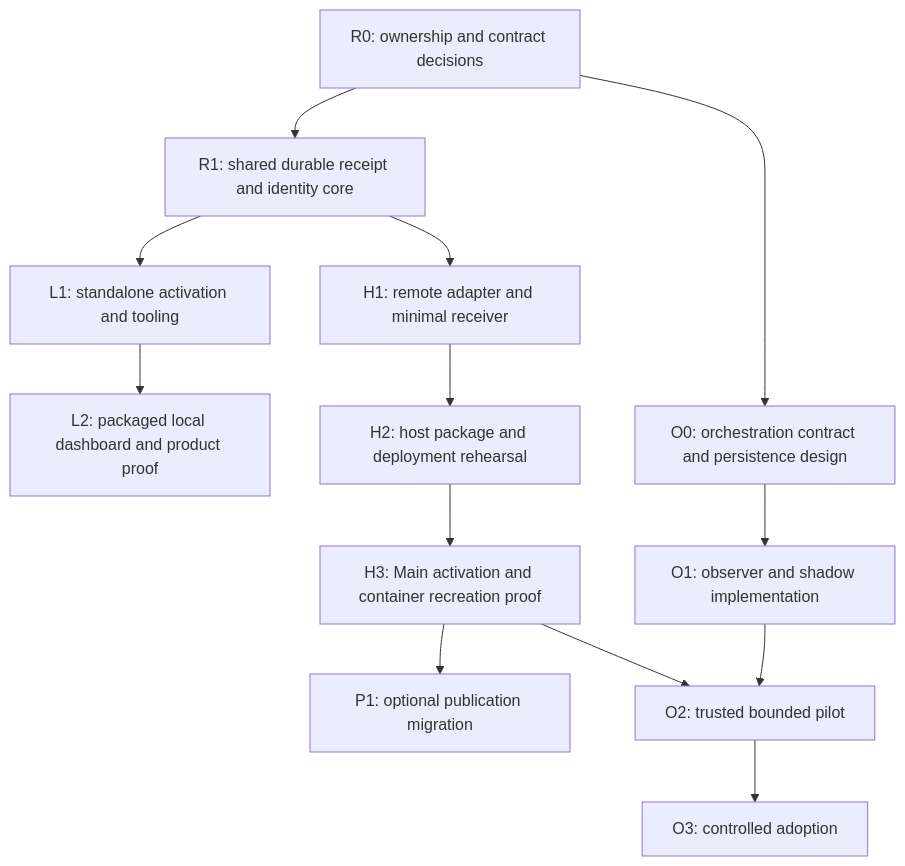
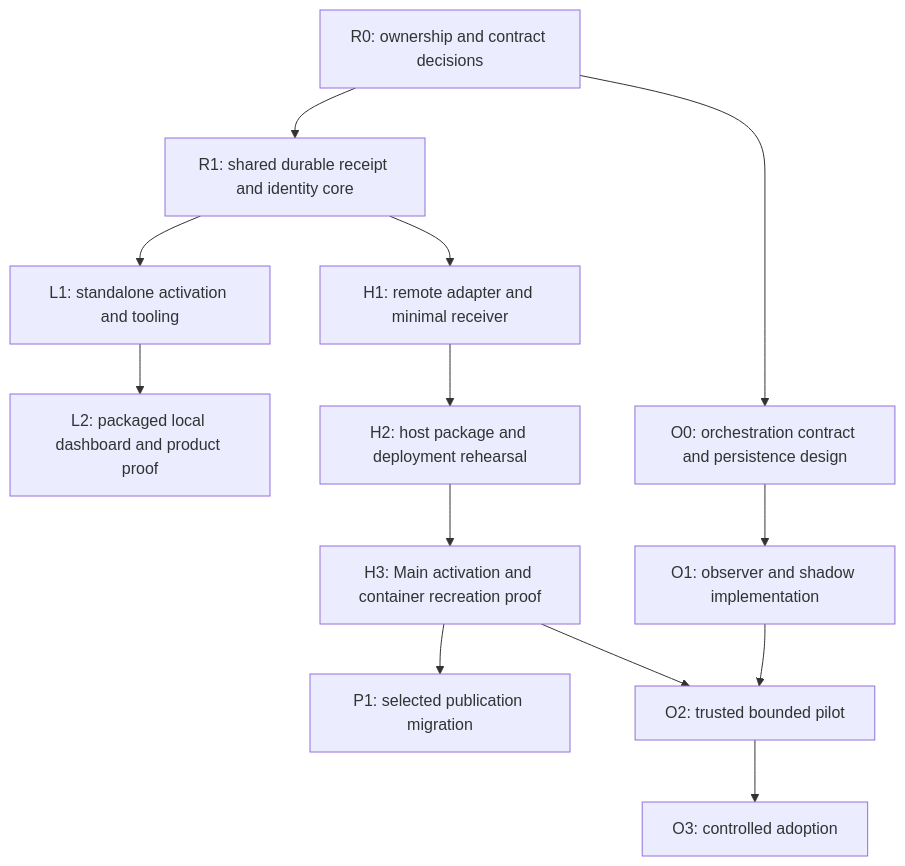
One commit to FS-GG/.github changed the diagram in docs/roadmaps/2026-09-09-190726-standalone-telemetry-host-and-orchestration.md. Above: the diagram before and after it, drawn with Mermaid. The commit also changed other lines of this file and 14 other files, not shown here.

````diff
--- a/docs/roadmaps/2026-09-09-190726-standalone-telemetry-host-and-orchestration.md
+++ b/docs/roadmaps/2026-09-09-190726-standalone-telemetry-host-and-orchestration.md
@@ -121,15 +121,15 @@
 ```mermaid
 flowchart TD
     A[R0: ownership and contract decisions] --> B[R1: shared durable receipt and identity core]
     B --> C[L1: standalone activation and tooling]
     C --> D[L2: packaged local dashboard and product proof]
     B --> E[H1: remote adapter and minimal receiver]
     E --> F[H2: host package and deployment rehearsal]
     F --> G[H3: Main activation and container recreation proof]
-    G --> P[P1: optional publication migration]
+    G --> P[P1: selected publication migration]
     A --> O[O0: orchestration contract and persistence design]
     O --> Q[O1: observer and shadow implementation]
     Q --> R[O2: trusted bounded pilot]
     G --> R
     R --> S[O3: controlled adoption]
 ```
````
